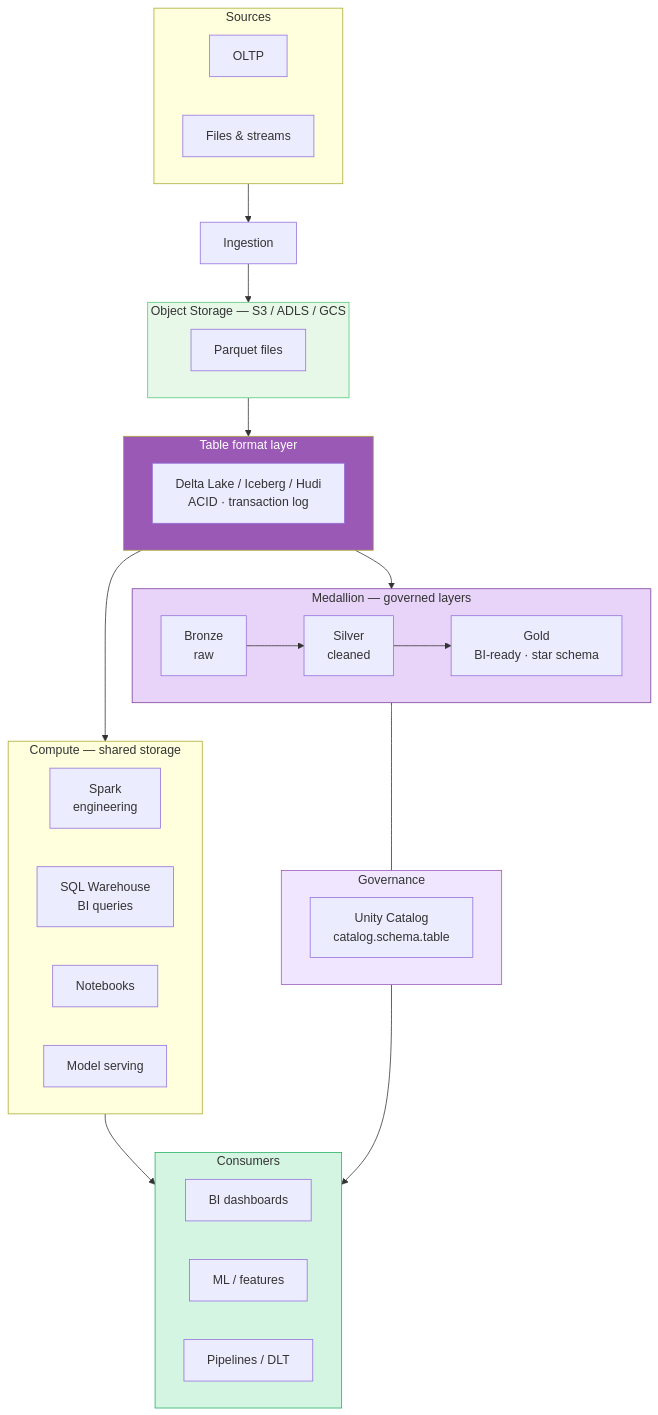
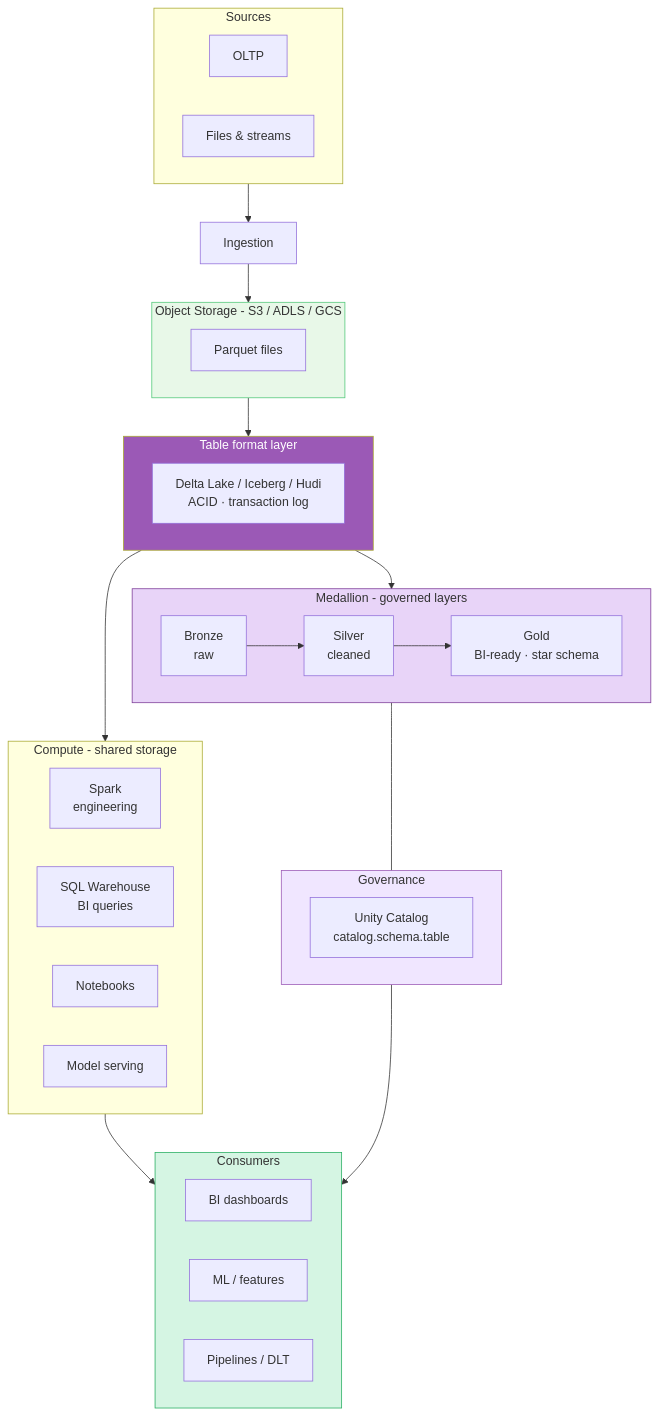
One commit to adnanrahin/adnanrahin.github.io changed the fifth of 7 diagrams in data-architecture/architecture-map.md. Above: the diagram before and after it, drawn with Mermaid. The commit also changed other lines of this file and 14 other files, not shown here.

Commit message:
updated the flowchart

````diff
--- a/data-architecture/architecture-map.md
+++ b/data-architecture/architecture-map.md
@@ -234,55 +234,55 @@
 ```mermaid
 flowchart TB
     subgraph SRC4["Sources"]
         OLTP4["OLTP"]
         FILES4["Files & streams"]
     end
 
     ING4["Ingestion"]
 
-    subgraph STORAGE4["Object Storage — S3 / ADLS / GCS"]
+    subgraph STORAGE4["Object Storage - S3 / ADLS / GCS"]
         PARQUET["Parquet files"]
     end
 
     subgraph TABLE_FMT["Table format layer"]
         DELTA["Delta Lake / Iceberg / Hudi<br/>ACID · transaction log"]
     end
 
-    subgraph MED4["Medallion — governed layers"]
+    subgraph MED4["Medallion - governed layers"]
         B["Bronze<br/>raw"]
         S["Silver<br/>cleaned"]
         G["Gold<br/>BI-ready · star schema"]
         B --> S --> G
     end
 
     subgraph GOV4["Governance"]
         UC4["Unity Catalog<br/>catalog.schema.table"]
     end
 
-    subgraph COMPUTE4["Compute — shared storage"]
+    subgraph COMPUTE4["Compute - shared storage"]
         direction LR
         SPARK4["Spark<br/>engineering"]
         SQLW["SQL Warehouse<br/>BI queries"]
         NB4["Notebooks"]
         SERVE4["Model serving"]
     end
 
     subgraph USE4["Consumers"]
         direction LR
         BI4["BI dashboards"]
         ML4["ML / features"]
         PIPE4["Pipelines / DLT"]
     end
 
     SRC4 --> ING4 --> STORAGE4 --> TABLE_FMT --> MED4
     MED4 --- GOV4
     TABLE_FMT --> COMPUTE4
     COMPUTE4 --> USE4
     GOV4 --> USE4
 
     style STORAGE4 fill:#E8F8E8,stroke:#50C878
     style TABLE_FMT fill:#9B59B6,color:#fff
     style MED4 fill:#E8D4F8,stroke:#7D3C98
     style GOV4 fill:#F0E6FF,stroke:#9B59B6
     style USE4 fill:#D5F5E3,stroke:#27AE60
 ```
````
